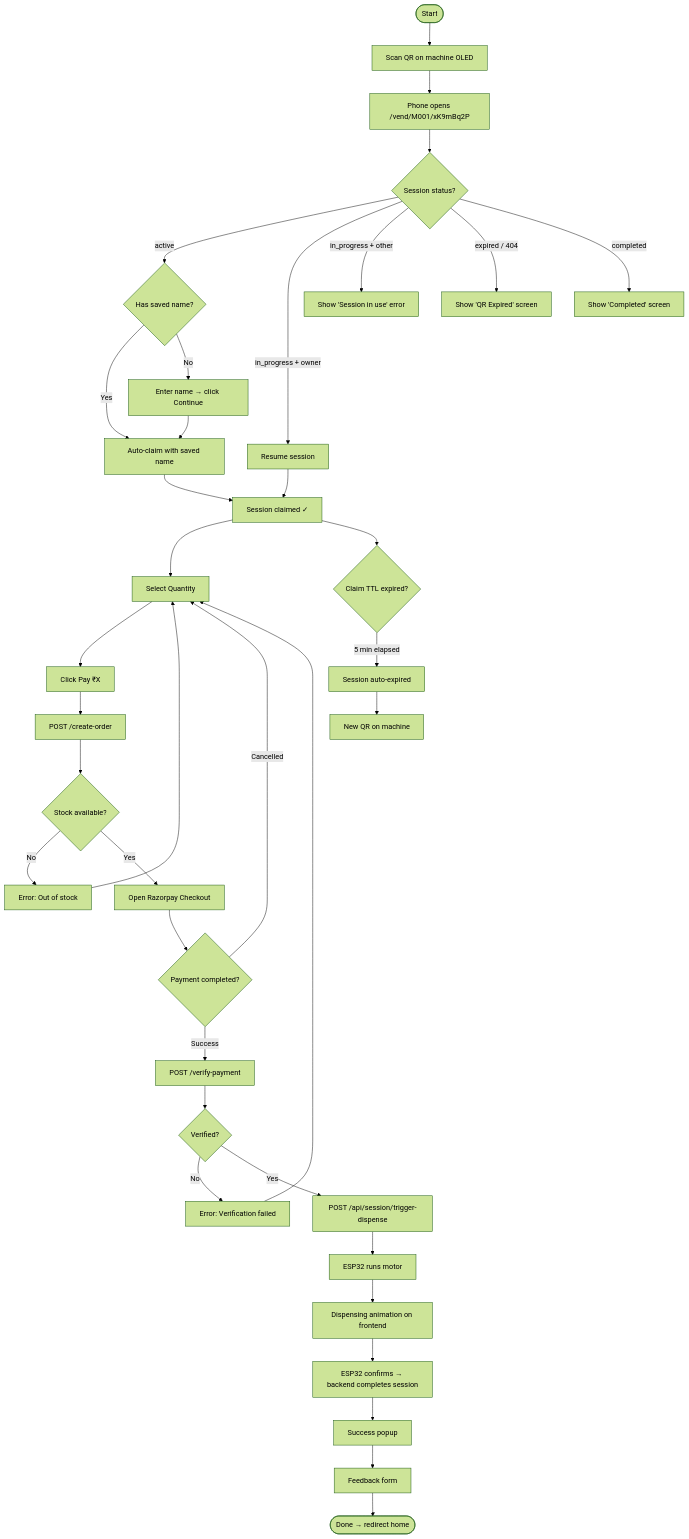
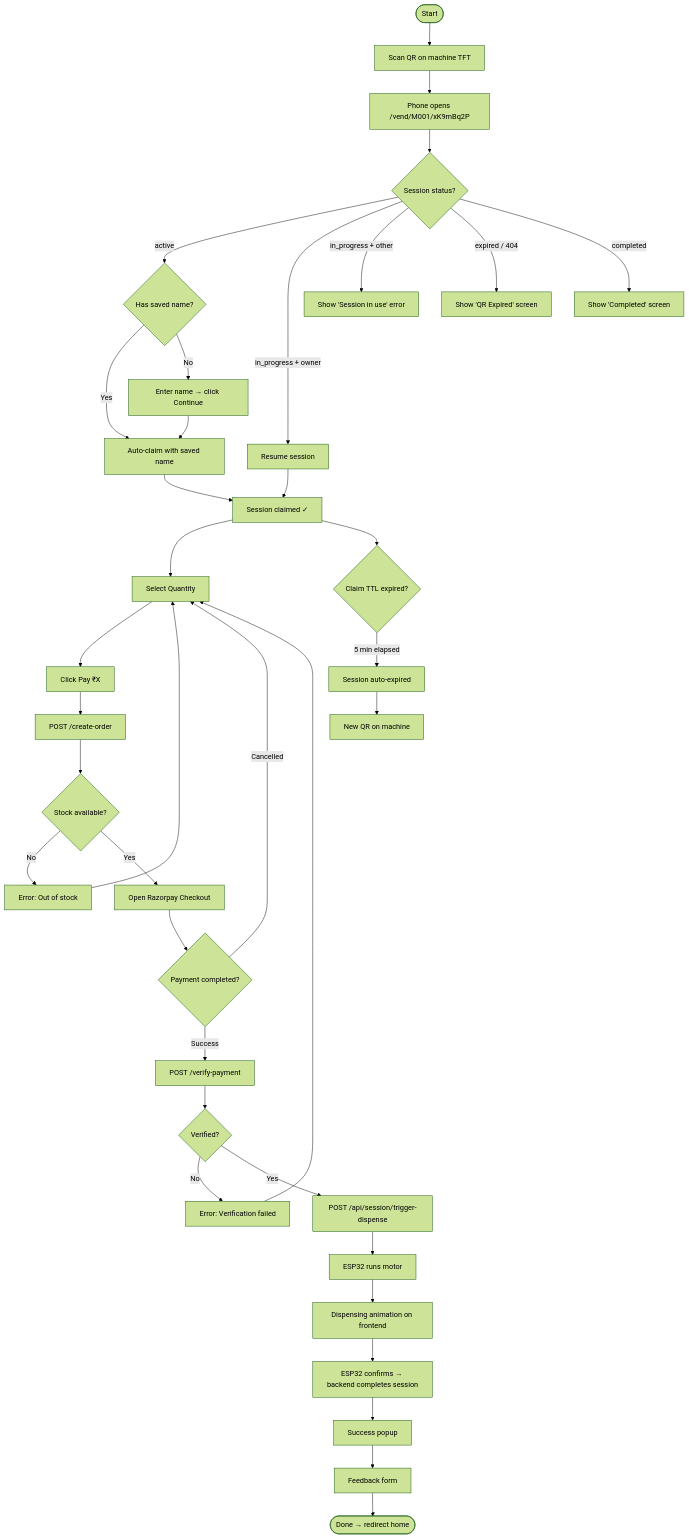
The seventh of 11 diagrams in UML_Diagrams.md (gouthamlingoju/SmartVend), drawn with Mermaid (forest theme) before and after one commit. The commit also changed other lines of this file and 10 other files, not shown here.

````diff
--- a/UML_Diagrams.md
+++ b/UML_Diagrams.md
@@ -370,45 +370,45 @@
 ```mermaid
 flowchart TD
-    A([Start]) --> B["Scan QR on machine OLED"]
+    A([Start]) --> B["Scan QR on machine TFT"]
     B --> C["Phone opens /vend/M001/xK9mBq2P"]
     C --> D{"Session status?"}
 
     D -->|"active"| E{"Has saved name?"}
     E -->|Yes| F["Auto-claim with saved name"]
     E -->|No| G["Enter name → click Continue"]
     G --> F
     D -->|"in_progress + owner"| H["Resume session"]
     D -->|"in_progress + other"| I["Show 'Session in use' error"]
     D -->|"expired / 404"| J["Show 'QR Expired' screen"]
     D -->|"completed"| K["Show 'Completed' screen"]
 
     F --> L["Session claimed ✓"]
     H --> L
     L --> M["Select Quantity"]
     M --> N["Click Pay ₹X"]
     N --> O["POST /create-order"]
     O --> P{"Stock available?"}
     P -->|No| Q["Error: Out of stock"]
     Q --> M
     P -->|Yes| R["Open Razorpay Checkout"]
 
     R --> S{"Payment completed?"}
     S -->|Cancelled| M
     S -->|Success| T["POST /verify-payment"]
 
     T --> U{"Verified?"}
     U -->|No| V["Error: Verification failed"]
     V --> M
     U -->|Yes| W["POST /api/session/trigger-dispense"]
 
     W --> X["ESP32 runs motor"]
     X --> Y["Dispensing animation on frontend"]
     Y --> Z["ESP32 confirms → backend completes session"]
     Z --> AA["Success popup"]
     AA --> AB["Feedback form"]
     AB --> AC(["Done → redirect home"])
 
     L --> AD{"Claim TTL expired?"}
     AD -->|"5 min elapsed"| AE["Session auto-expired"]
     AE --> AF["New QR on machine"]
 ```
````
